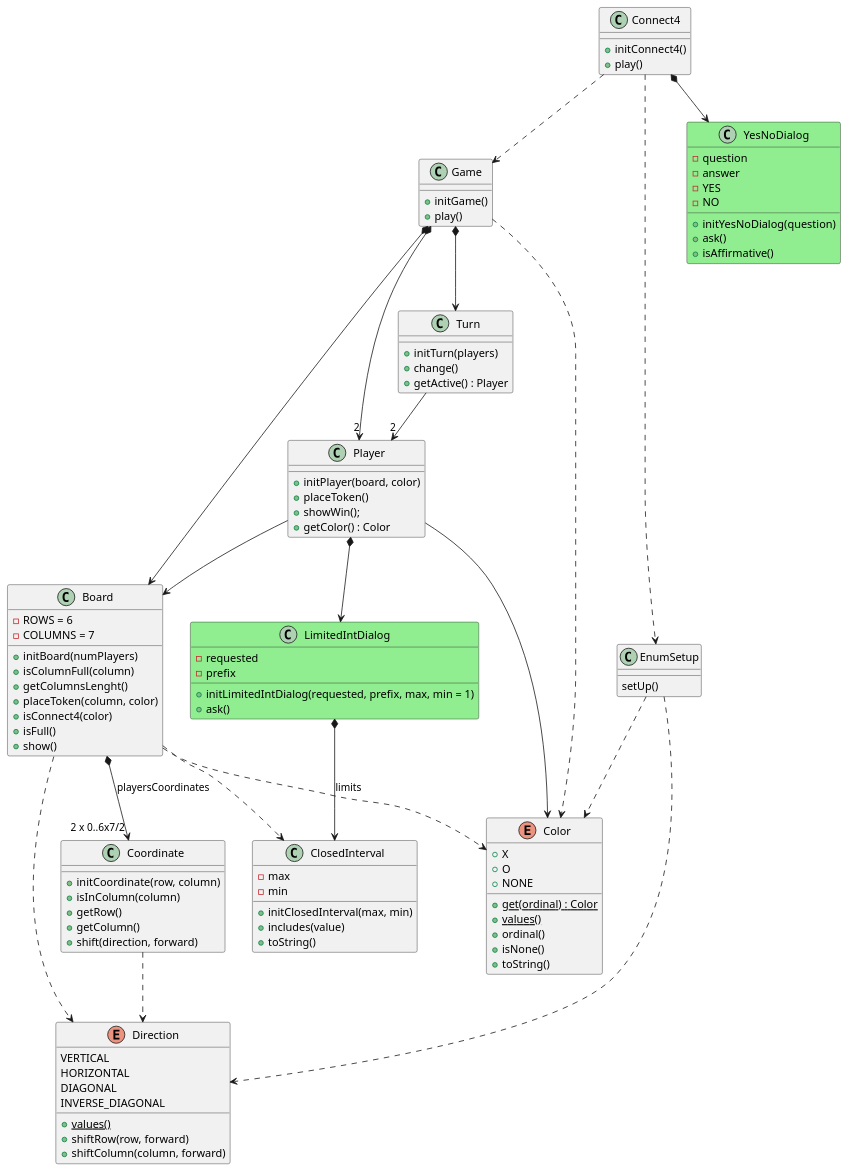
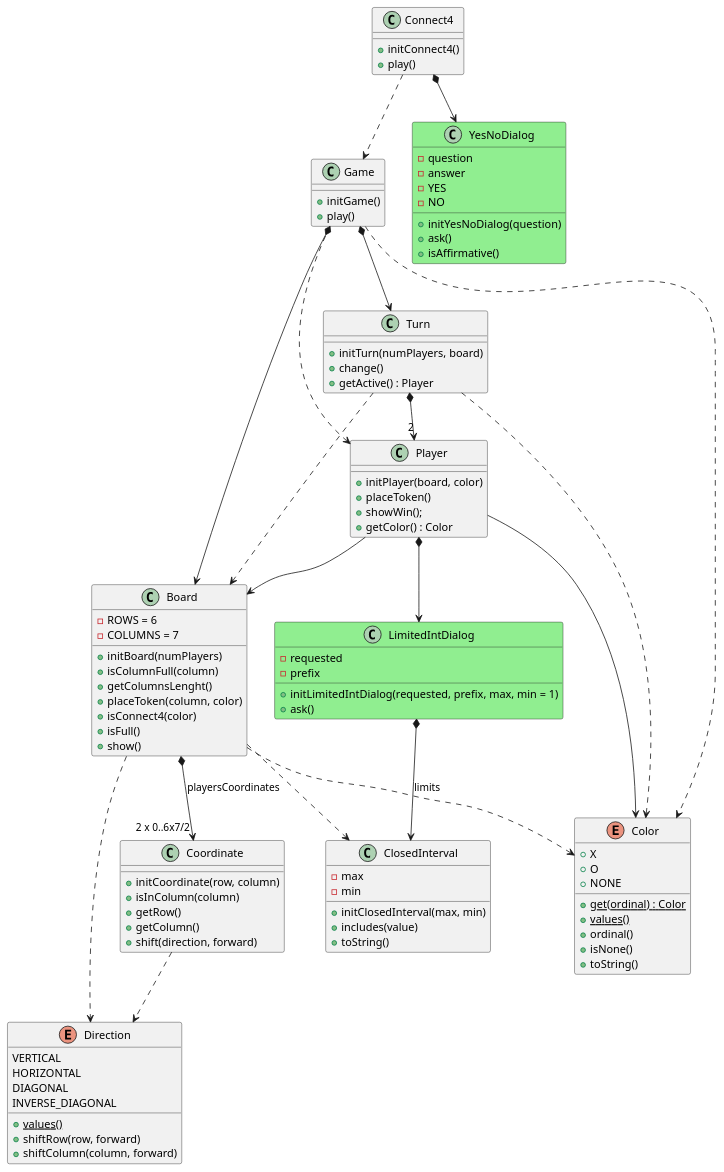
Before and after one commit to PabloMartinFluvia/myGame-connect4: the diagram in docs/dev-resume/src/analysis.plantuml, drawn with PlantUML. The commit also changed 5 other files, not shown here.

Commit message:
responsibility of init players reassigned to Turn

```diff
--- a/docs/dev-resume/src/analysis.plantuml
+++ b/docs/dev-resume/src/analysis.plantuml
@@ -1,126 +1,122 @@
 @startuml analysis
 
 class Connect4 {
 
     + initConnect4()
     + play()
 }
 Connect4 ..> Game
 Connect4 *--> YesNoDialog
-Connect4 ..> EnumSetup
 
 class Game {     
 
     + initGame()
     + play()
 }
 Game *--> Turn
 Game *--> Board
-Game *--> "2" Player
 Game ..> Color
+Game ..> Player
 
 class Turn {
 
-    + initTurn(players)
+    + initTurn(numPlayers, board)
     + change()
     + getActive() : Player        
 }
-Turn --> "2" Player
+Turn *--> "2" Player
+Turn ..> Board
+Turn ..> Color
 
 class Player {
 
     + initPlayer(board, color)
     + placeToken()
     + showWin();
     + getColor() : Color
 }
 Player --> Board
 Player --> Color
 Player *--> LimitedIntDialog
 
 class Board {
     - ROWS = 6
     - COLUMNS = 7
     
     + initBoard(numPlayers)
     + isColumnFull(column)
     + getColumnsLenght()
     + placeToken(column, color)
     + isConnect4(color)
     + isFull()
     + show()
 }
 Board ..> ClosedInterval
 Board *--> "2 x 0..6x7/2" Coordinate : playersCoordinates
 Board ..> Direction
 Board ..> Color
 
 class Coordinate {
     + initCoordinate(row, column)
     + isInColumn(column)
     + getRow()
     + getColumn()
     + shift(direction, forward)
 }
 Coordinate ..> Direction
 
 enum Direction {
     VERTICAL
     HORIZONTAL
     DIAGONAL
     INVERSE_DIAGONAL
 
     + {static} values()
     + shiftRow(row, forward)
     + shiftColumn(column, forward)
 }
 
 enum Color {
     + X
     + O   
     + NONE 
 
     + {static} get(ordinal) : Color  
     + {static} values()  
     + ordinal()
     + isNone()
     + toString()
 }
 
 class YesNoDialog #LightGreen {  
     - question
     - answer   
     - YES
     - NO
 
     + initYesNoDialog(question)
     + ask()
     + isAffirmative()
 }
 
 class LimitedIntDialog #LightGreen {
     - requested
     - prefix
     
 
     + initLimitedIntDialog(requested, prefix, max, min = 1) 
     + ask()
 }
 LimitedIntDialog *--> ClosedInterval : limits
 
 class ClosedInterval {
     - max
     - min
 
     + initClosedInterval(max, min)
     + includes(value)
     + toString()
 }
 
-class EnumSetup {
-    setUp()
-}
-EnumSetup ..> Color
-EnumSetup ..> Direction
 
 @enduml
```
